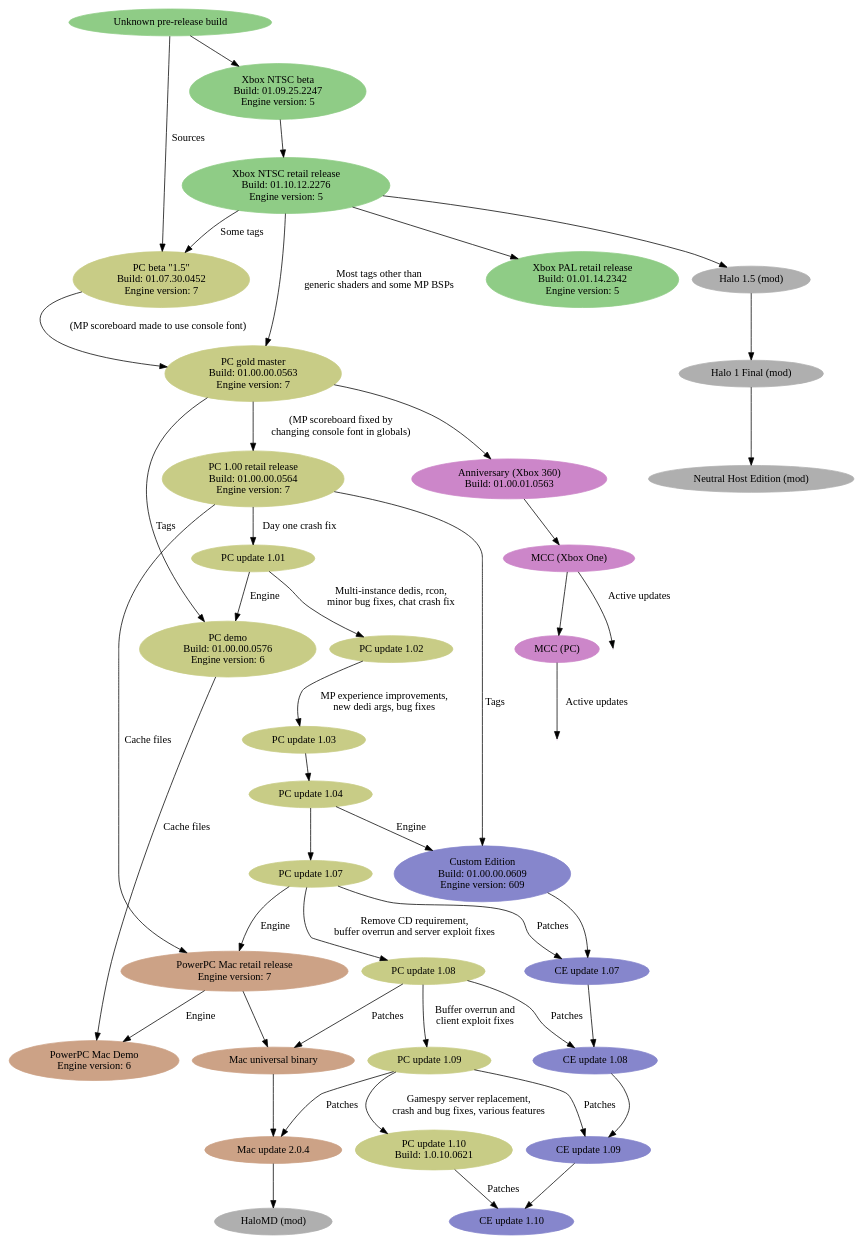
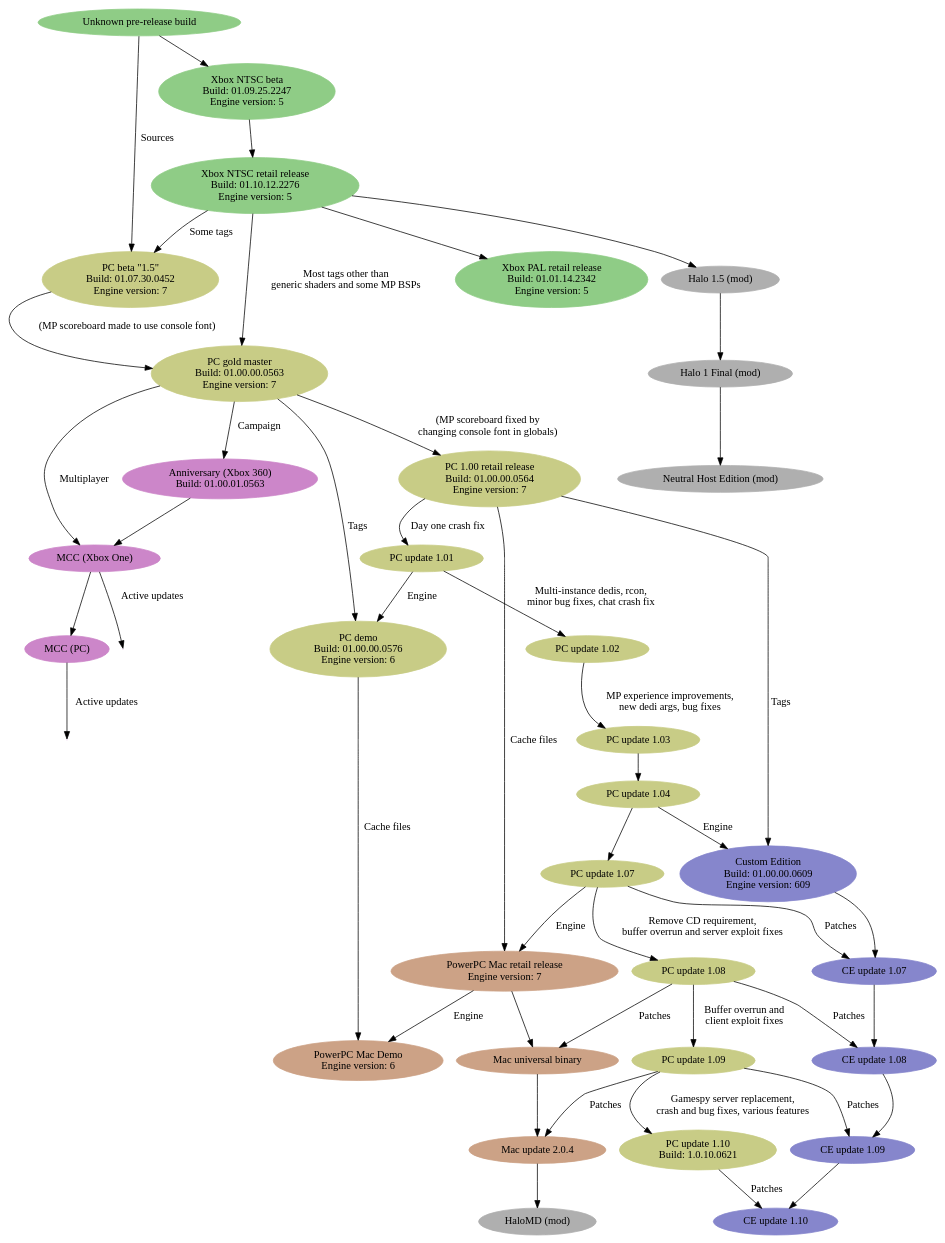
Before and after one commit to Sigmmma/c20: the diagram in src/content/games/h1/games.dot, drawn with Graphviz. The commit also changed 4 other files, not shown here.

```diff
--- a/src/content/games/h1/games.dot
+++ b/src/content/games/h1/games.dot
@@ -1,110 +1,111 @@
 digraph G {
   # xbox
   node [style=filled color="#8fcc86"]
   xbox_pre [label="Unknown pre-release build"]
   xbox_ntsc_beta [label="Xbox NTSC beta\nBuild: 01.09.25.2247\nEngine version: 5"]
   xbox_ntsc_retail [label="Xbox NTSC retail release\nBuild: 01.10.12.2276\nEngine version: 5"]
   xbox_pal_retail [label="Xbox PAL retail release\nBuild: 01.01.14.2342\nEngine version: 5"]
 
   # pc
   node [style=filled color="#c8cc86"];
   pc_beta [label="PC beta \"1.5\"\nBuild: 01.07.30.0452\nEngine version: 7"];
   pc_gold [label="PC gold master\nBuild: 01.00.00.0563\nEngine version: 7"];
   pc_100 [label="PC 1.00 retail release\nBuild: 01.00.00.0564\nEngine version: 7"];
   pc_101 [label="PC update 1.01"];
   pc_102 [label="PC update 1.02"];
   pc_103 [label="PC update 1.03"];
   pc_104 [label="PC update 1.04"];
   pc_107 [label="PC update 1.07"];
   pc_108 [label="PC update 1.08"];
   pc_109 [label="PC update 1.09"];
   pc_110 [label="PC update 1.10\nBuild: 1.0.10.0621"];
   pc_demo [label="PC demo\nBuild: 01.00.00.0576\nEngine version: 6"];
 
   # custom edition
   node [style=filled color="#8686cc"];
   ce_100 [label="Custom Edition\nBuild: 01.00.00.0609\nEngine version: 609"];
   ce_107 [label="CE update 1.07"];
   ce_108 [label="CE update 1.08"];
   ce_109 [label="CE update 1.09"];
   ce_110 [label="CE update 1.10"];
 
   # mac
   node [style=filled color="#cca286"];
   mac_retail [label="PowerPC Mac retail release\nEngine version: 7"];
   mac_universal [label="Mac universal binary"];
   mac_204 [label="Mac update 2.0.4"];
   mac_demo [label="PowerPC Mac Demo\nEngine version: 6"];
 
   # anniversary (invader uses cache v563)
   node [style=filled color="#cc86c9"];
   ann [label="Anniversary (Xbox 360)\nBuild: 01.00.01.0563"];
   mcc_xbone [label="MCC (Xbox One)"];
   mcc_pc [label="MCC (PC)"];
   mcc_pc_live [label="", fixedsize="false", width=0, height=0, shape=none];
   mcc_xbone_live [label="", fixedsize="false", width=0, height=0, shape=none];
 
   #mods
   node [style=filled color="#afafaf"];
   h15 [label="Halo 1.5 (mod)"];
   h1final [label="Halo 1 Final (mod)"];
   nhe [label="Neutral Host Edition (mod)"];
   halomd [label="HaloMD (mod)"];
 
   # xbox line
   xbox_pre -> xbox_ntsc_beta;
   xbox_ntsc_beta -> xbox_ntsc_retail;
   xbox_ntsc_retail -> xbox_pal_retail;
 
   # gearbox pc line
   xbox_pre -> pc_beta [label="Sources"];
   xbox_ntsc_retail -> pc_beta [label="Some tags"];
   pc_beta -> pc_gold [label="(MP scoreboard made to use console font)"];
   xbox_ntsc_retail -> pc_gold [label="Most tags other than\ngeneric shaders and some MP BSPs"];
   pc_gold -> pc_100 [label="(MP scoreboard fixed by\nchanging console font in globals)"];
   pc_100 -> pc_101 [label="Day one crash fix"];
   pc_101 -> pc_102 [label="Multi-instance dedis, rcon,\nminor bug fixes, chat crash fix"];
   pc_102 -> pc_103 [label="MP experience improvements,\nnew dedi args, bug fixes"];
   pc_103 -> pc_104;
   pc_104 -> pc_107;
   pc_107 -> pc_108 [label="Remove CD requirement,\nbuffer overrun and server exploit fixes"];
   pc_108 -> pc_109 [label="Buffer overrun and\nclient exploit fixes"];
   pc_109 -> pc_110 [label="Gamespy server replacement,\ncrash and bug fixes, various features"];
   pc_gold -> pc_demo [label="Tags"];
   pc_101 -> pc_demo [label="Engine"];
 
   # custom edition line
   pc_104 -> ce_100 [label="Engine"];
   pc_100 -> ce_100 [label="Tags"];
   ce_100 -> ce_107;
   pc_107 -> ce_107 [label="Patches"];
   ce_107 -> ce_108;
   pc_108 -> ce_108 [label="Patches"];
   ce_108 -> ce_109;
   pc_109 -> ce_109 [label="Patches"];
   ce_109 -> ce_110;
   pc_110 -> ce_110 [label="Patches"];
 
   # mac
   pc_demo -> mac_demo [label="Cache files"];
   pc_100 -> mac_retail [label="Cache files"];
   pc_107 -> mac_retail [label="Engine"];
   mac_retail -> mac_demo [label="Engine"];
   mac_retail -> mac_universal;
   pc_108 -> mac_universal [label="Patches"];
   mac_universal -> mac_204;
   pc_109 -> mac_204 [label="Patches"];
 
   # mods
   xbox_ntsc_retail -> h15;
   h15 -> h1final;
   h1final -> nhe;
   mac_204 -> halomd;
 
   # cea and mcc
-  pc_gold -> ann;
+  pc_gold -> ann [label="Campaign"];
   ann -> mcc_xbone;
+  pc_gold -> mcc_xbone [label="Multiplayer"];
   mcc_xbone -> mcc_pc;
   mcc_xbone -> mcc_xbone_live [label="Active updates"];
   mcc_pc -> mcc_pc_live [label="Active updates"];
 }
```
